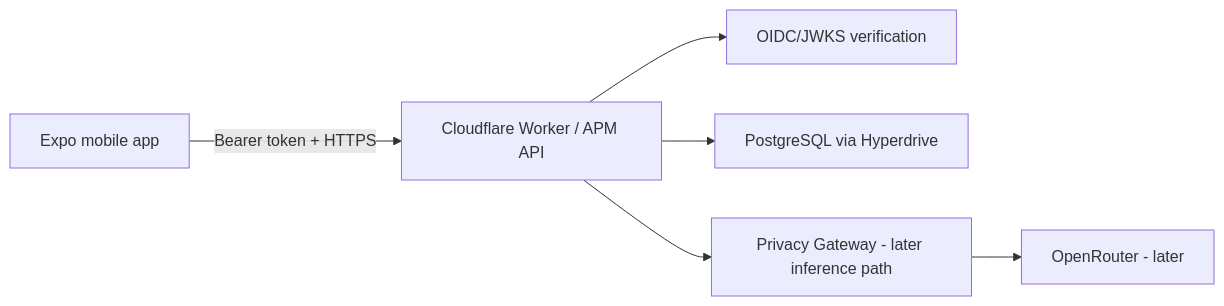
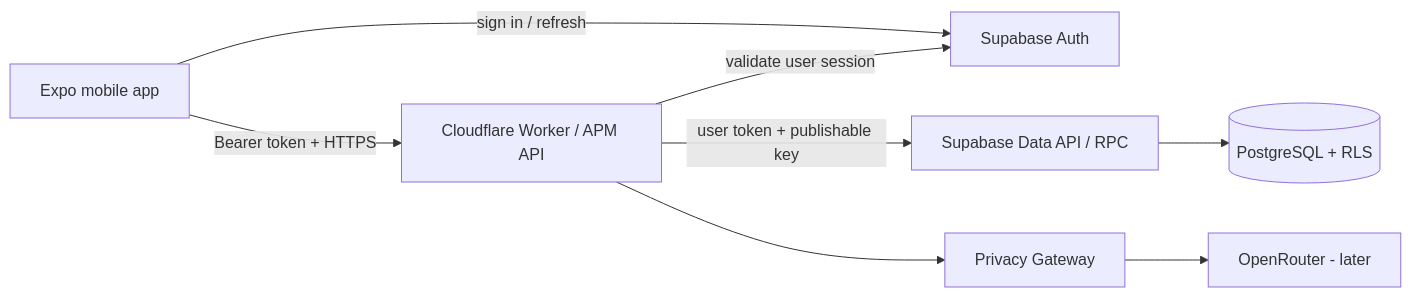
One commit to seq23/aplayer-mode changed the first of 4 diagrams in docs/16-BACKEND-FOUNDATION.md. Above: the diagram before and after it, drawn with Mermaid. The commit also changed other lines of this file, not shown here.

Commit message:
docs: lock Supabase and Cloudflare backend foundation

````diff
--- a/docs/16-BACKEND-FOUNDATION.md
+++ b/docs/16-BACKEND-FOUNDATION.md
@@ -12,8 +10,10 @@
 ```mermaid
 flowchart LR
-  M[Expo mobile app] -->|Bearer token + HTTPS| API[Cloudflare Worker / APM API]
-  API --> AUTH[OIDC/JWKS verification]
-  API --> DB[PostgreSQL via Hyperdrive]
-  API --> PG[Privacy Gateway - later inference path]
+  M[Expo mobile app] -->|sign in / refresh| AUTH[Supabase Auth]
+  M -->|Bearer token + HTTPS| API[Cloudflare Worker / APM API]
+  API -->|validate user session| AUTH
+  API -->|user token + publishable key| DATA[Supabase Data API / RPC]
+  DATA --> DB[(PostgreSQL + RLS)]
+  API --> PG[Privacy Gateway]
   PG --> OR[OpenRouter - later]
 ```
````
